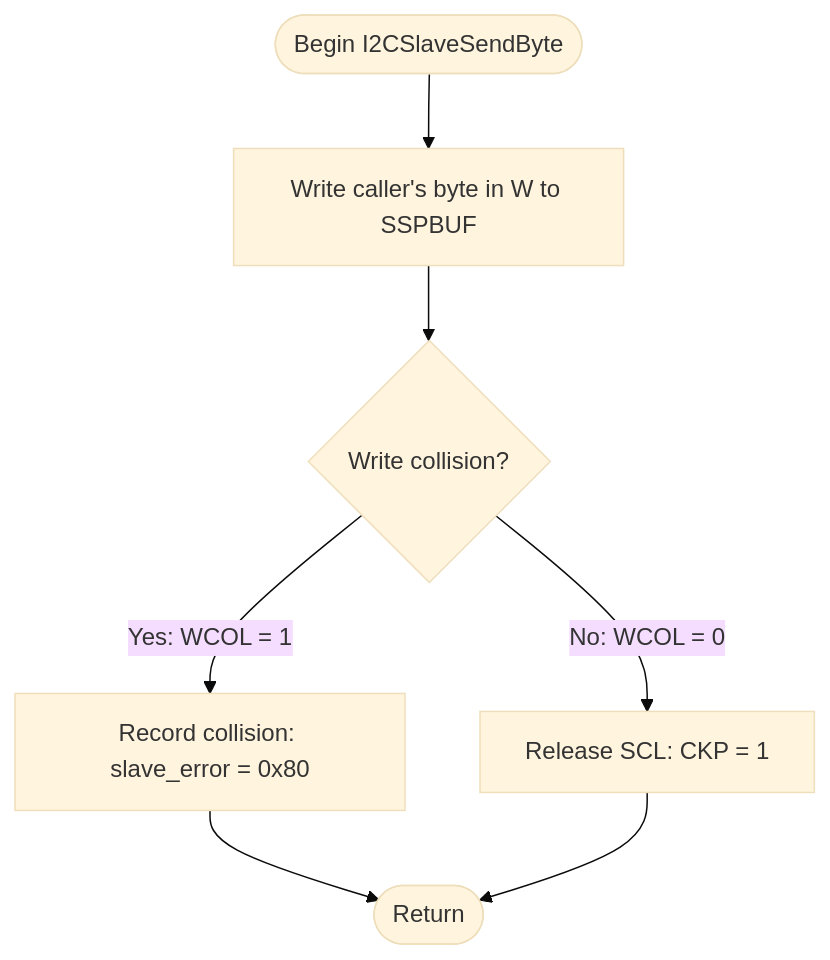
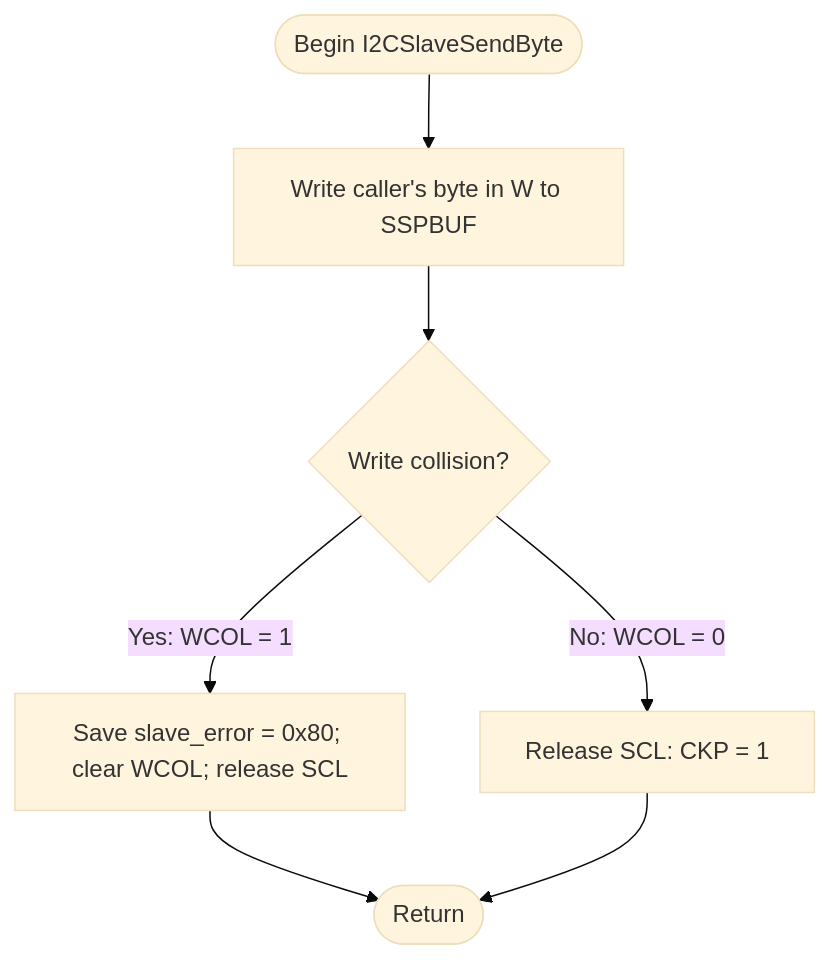
Before and after one commit to rosstimo/RCET3375: the fourth of 10 diagrams in LabAssignments/support/Lab10-I2C-Slave-Three-Level-Student-Guide.md, drawn with Mermaid (base theme). The commit also changed other lines of this file, not shown here.

Commit message:
Align slave student guide with receive stretching without verification history

````diff
--- a/LabAssignments/support/Lab10-I2C-Slave-Three-Level-Student-Guide.md
+++ b/LabAssignments/support/Lab10-I2C-Slave-Three-Level-Student-Guide.md
@@ -167,9 +172,9 @@
 ```mermaid
 flowchart TD
     Begin(["Begin I2CSlaveSendByte"]) --> Load["Write caller's byte in W to SSPBUF"]
     Load --> Collision{"Write collision?"}
-    Collision -->|"Yes: WCOL = 1"| Fault["Record collision: slave_error = 0x80"]
+    Collision -->|"Yes: WCOL = 1"| Fault["Save slave_error = 0x80; clear WCOL; release SCL"]
     Collision -->|"No: WCOL = 0"| Release["Release SCL: CKP = 1"]
     Fault --> Exit(["Return"])
     Release --> Exit
 ```
````
